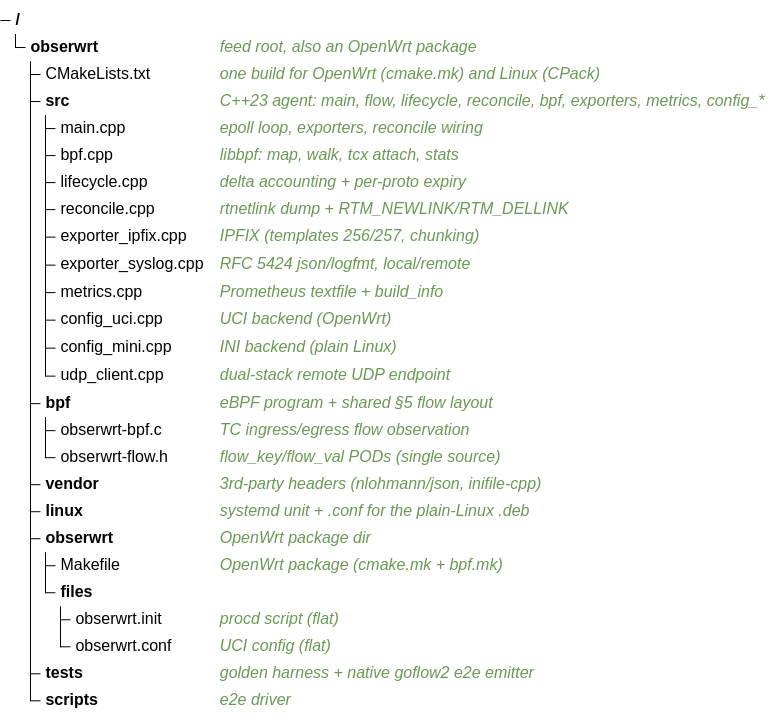
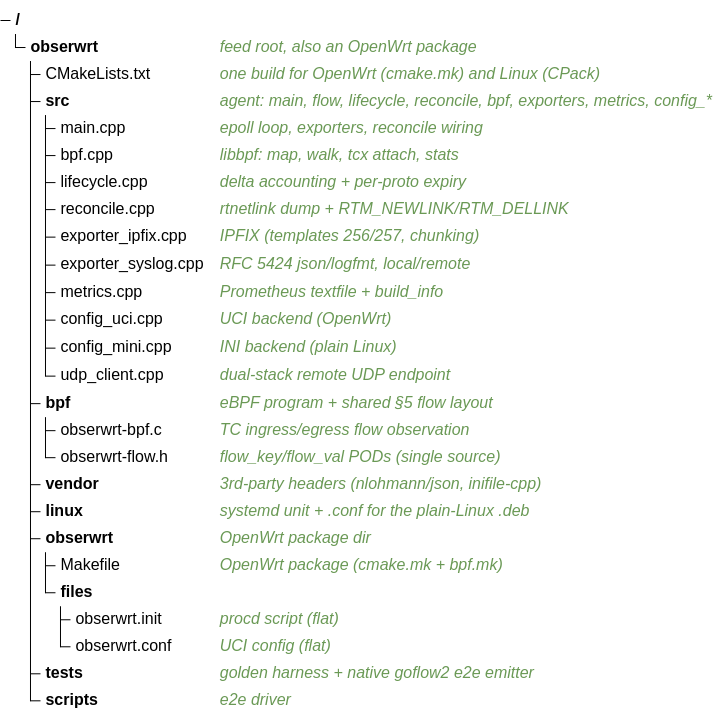
One commit to vooon/obserwrt changed the fifth of 6 diagrams in docs/design.md. Above: the diagram before and after it, drawn with Mermaid (forest theme). The commit also changed other lines of this file, not shown here.

Commit message:
docs(design): drop C++/C++23 qualifier, keep 'obserwrt agent' in flow diagrams

````diff
--- a/docs/design.md
+++ b/docs/design.md
@@ -488,28 +488,28 @@
 ```mermaid
 treeView-beta
 obserwrt/ ## feed root, also an OpenWrt package
     CMakeLists.txt ## one build for OpenWrt (cmake.mk) and Linux (CPack)
-    src/ ## C++23 agent: main, flow, lifecycle, reconcile, bpf, exporters, metrics, config_*
+    src/ ## agent: main, flow, lifecycle, reconcile, bpf, exporters, metrics, config_*
         main.cpp ## epoll loop, exporters, reconcile wiring
         bpf.cpp ## libbpf: map, walk, tcx attach, stats
         lifecycle.cpp ## delta accounting + per-proto expiry
         reconcile.cpp ## rtnetlink dump + RTM_NEWLINK/RTM_DELLINK
         exporter_ipfix.cpp ## IPFIX (templates 256/257, chunking)
         exporter_syslog.cpp ## RFC 5424 json/logfmt, local/remote
         metrics.cpp ## Prometheus textfile + build_info
         config_uci.cpp ## UCI backend (OpenWrt)
         config_mini.cpp ## INI backend (plain Linux)
         udp_client.cpp ## dual-stack remote UDP endpoint
     bpf/ ## eBPF program + shared §5 flow layout
         obserwrt-bpf.c ## TC ingress/egress flow observation
         obserwrt-flow.h ## flow_key/flow_val PODs (single source)
     vendor/ ## 3rd-party headers (nlohmann/json, inifile-cpp)
     linux/ ## systemd unit + .conf for the plain-Linux .deb
     obserwrt/ ## OpenWrt package dir
         Makefile ## OpenWrt package (cmake.mk + bpf.mk)
         files/
             obserwrt.init ## procd script (flat)
             obserwrt.conf ## UCI config (flat)
     tests/ ## golden harness + native goflow2 e2e emitter
     scripts/ ## e2e driver
 ```
````
